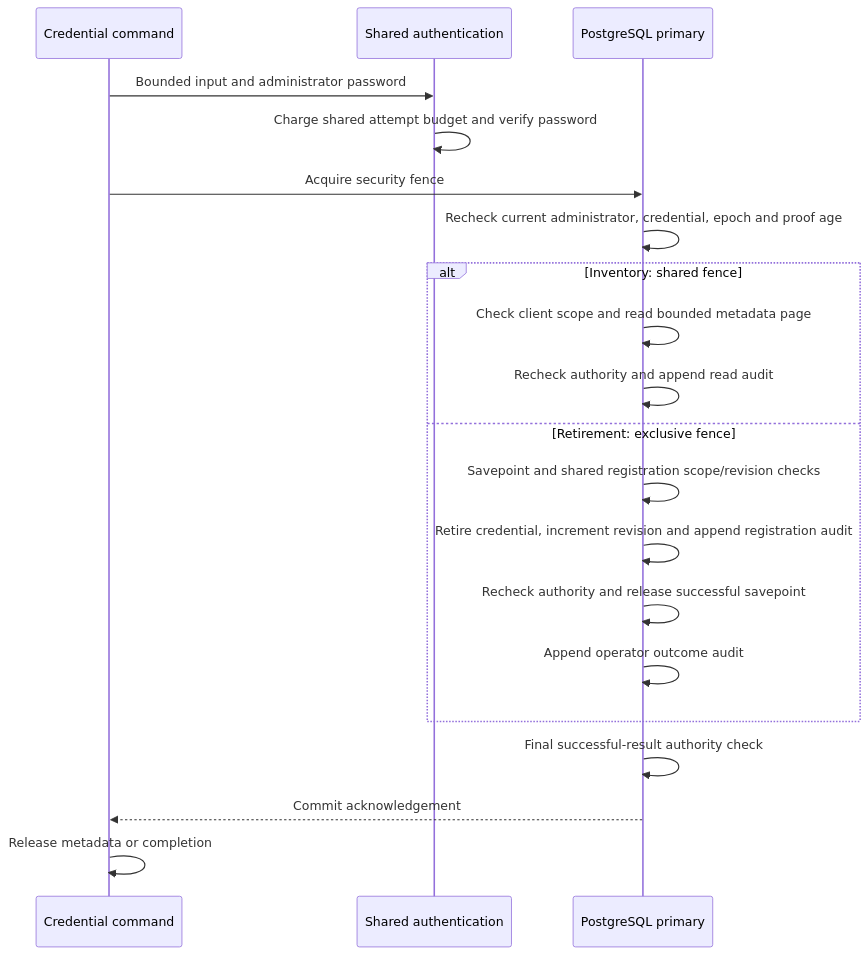
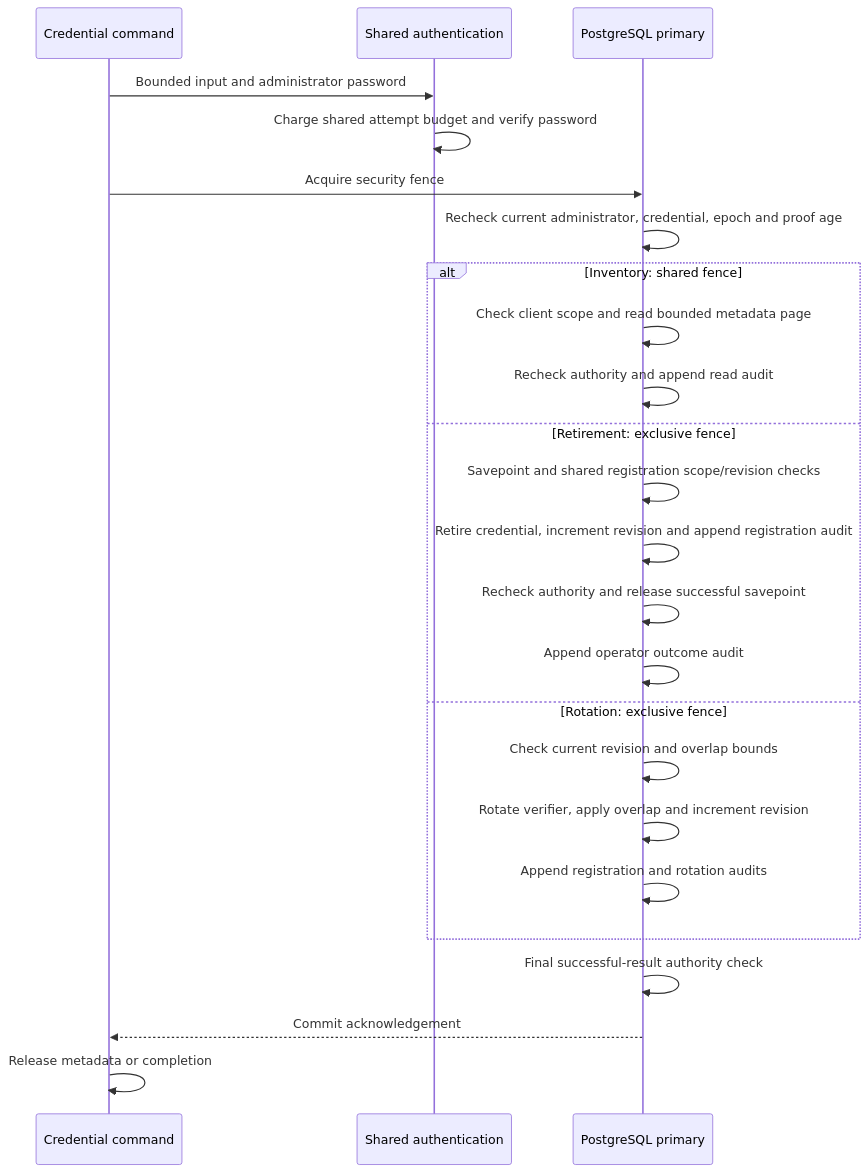
The diagram in docs/operator-client-secrets.md (OneTesseractInMultiverse/darkhorse-identity), drawn with Mermaid before and after one commit. The commit also changed other lines of this file and 38 other files, not shown here.

````diff
--- a/docs/operator-client-secrets.md
+++ b/docs/operator-client-secrets.md
@@ -92,22 +92,26 @@
 ```mermaid
 sequenceDiagram
     participant C as Credential command
     participant A as Shared authentication
     participant P as PostgreSQL primary
     C->>A: Bounded input and administrator password
     A->>A: Charge shared attempt budget and verify password
     C->>P: Acquire security fence
     P->>P: Recheck current administrator, credential, epoch and proof age
     alt Inventory: shared fence
         P->>P: Check client scope and read bounded metadata page
         P->>P: Recheck authority and append read audit
     else Retirement: exclusive fence
         P->>P: Savepoint and shared registration scope/revision checks
         P->>P: Retire credential, increment revision and append registration audit
         P->>P: Recheck authority and release successful savepoint
         P->>P: Append operator outcome audit
+    else Rotation: exclusive fence
+        P->>P: Check current revision and overlap bounds
+        P->>P: Rotate verifier, apply overlap and increment revision
+        P->>P: Append registration and rotation audits
     end
     P->>P: Final successful-result authority check
     P-->>C: Commit acknowledgement
     C->>C: Release metadata or completion
 ```
````
